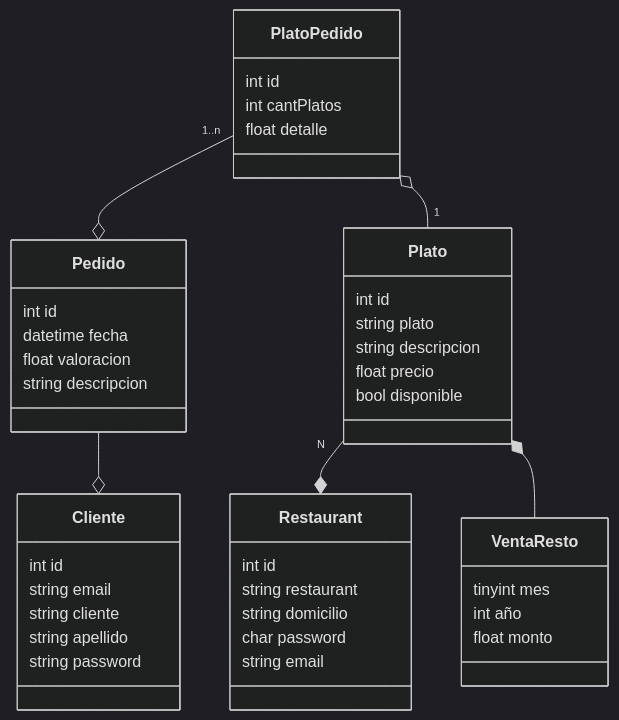
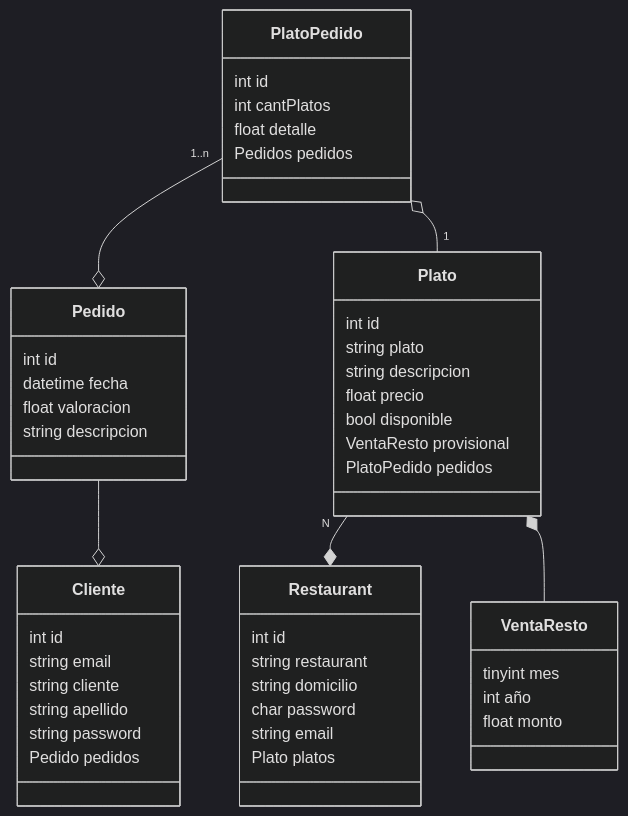
Before and after one commit to FranciscoBHF/Rapi_app: the diagram in doc_C#/README.Md, drawn with Mermaid (dark theme).

````diff
--- a/doc_C#/README.Md
+++ b/doc_C#/README.Md
@@ -1,45 +1,50 @@
 ```mermaid
 classDiagram
     class Restaurant {
         int id
         string restaurant
         string domicilio
         char password
         string email 
+        Plato platos
     }
     class Plato{
         int id
         string plato
         string descripcion
         float precio
         bool disponible
+        VentaResto provisional
+        PlatoPedido pedidos
     }
     class Cliente{
         int id
         string email
         string cliente
         string apellido
         string password
+        Pedido pedidos
     }
     class Pedido{
         int id
         datetime fecha
         float valoracion
         string descripcion
     }
     class PlatoPedido{
         int id
         int cantPlatos
         float detalle
+        Pedidos pedidos
     }
     class VentaResto{
         tinyint mes
         int año
         float monto
     }
     Pedido --o Cliente
     PlatoPedido "1..n" --o Pedido 
     PlatoPedido o-- "1" Plato
     Plato "N" --* Restaurant
     Plato *-- VentaResto
 ```
````
